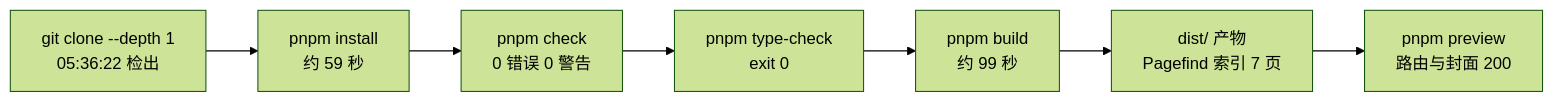
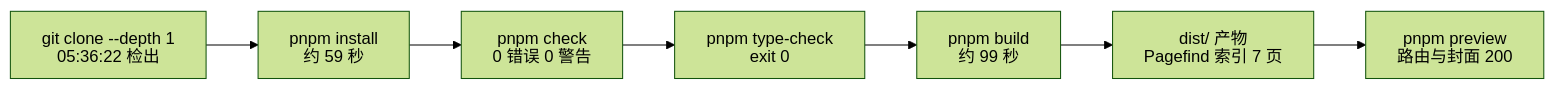
One commit to WirepullerDX/blog changed the diagram in src/content/posts/astro-build-on-android-proot/index.md. Above: the diagram before and after it, drawn with Mermaid (forest theme). The commit also changed 1 other file, not shown here.

Commit message:
fix: keep Mermaid labels inside nodes (#7)

````diff
--- a/src/content/posts/astro-build-on-android-proot/index.md
+++ b/src/content/posts/astro-build-on-android-proot/index.md
@@ -103,9 +103,13 @@
 ```mermaid
+---
+config:
+  htmlLabels: false
+---
 flowchart LR
     A["git clone --depth 1<br/>05:36:22 检出"] --> B["pnpm install<br/>约 59 秒"]
     B --> C["pnpm check<br/>0 错误 0 警告"]
     C --> D["pnpm type-check<br/>exit 0"]
     D --> E["pnpm build<br/>约 99 秒"]
     E --> F["dist/ 产物<br/>Pagefind 索引 7 页"]
     F --> G["pnpm preview<br/>路由与封面 200"]
 ```
````
